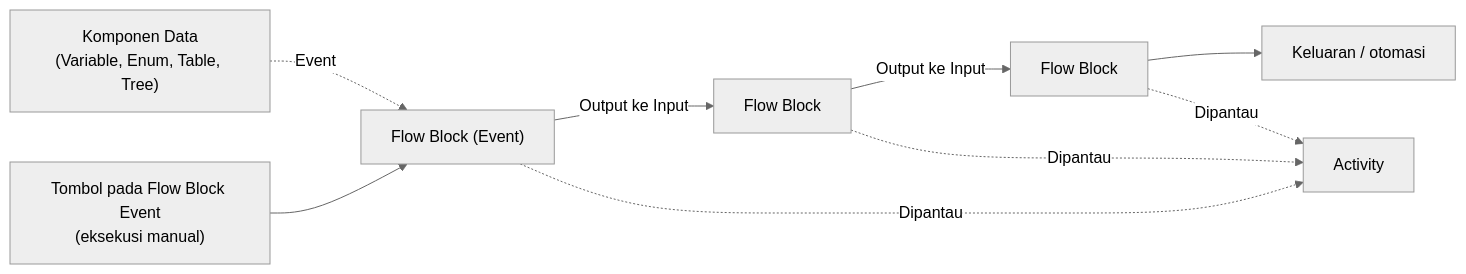
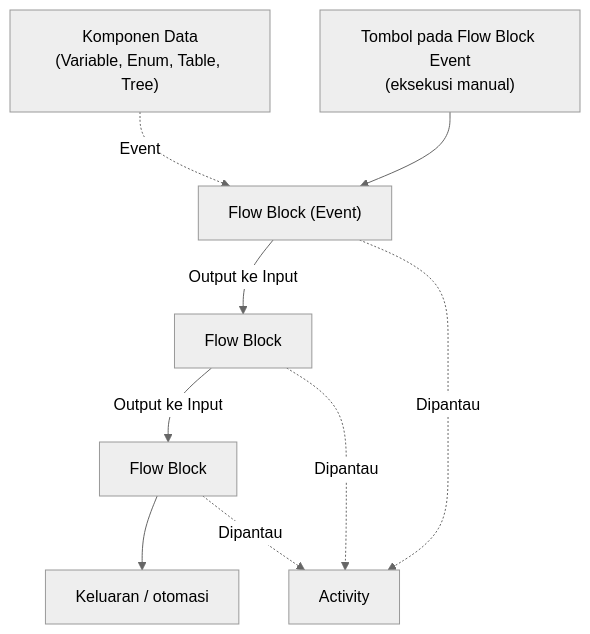
The first of 2 diagrams in Docs/Modul Logic/Flow/Apa itu Flow.md (ginalne/phoenix-docs), drawn with Mermaid (neutral theme) before and after one commit. The commit also changed other lines of this file and 2 other files, not shown here.

````diff
--- a/Docs/Modul Logic/Flow/Apa itu Flow.md
+++ b/Docs/Modul Logic/Flow/Apa itu Flow.md
@@ -38,11 +38,11 @@
 ```mermaid
-flowchart LR
+flowchart TB
     Komponen["Komponen Data<br/>(Variable, Enum, Table, Tree)"] -.->|Event| BE["Flow Block (Event)"]
     Manual["Tombol pada Flow Block Event<br/>(eksekusi manual)"] --> BE
     BE -->|Output ke Input| B1["Flow Block"]
     B1 -->|Output ke Input| B2["Flow Block"]
     B2 --> Hasil["Keluaran / otomasi"]
     BE -.->|Dipantau| Act["Activity"]
     B1 -.->|Dipantau| Act
     B2 -.->|Dipantau| Act
 ```
````
